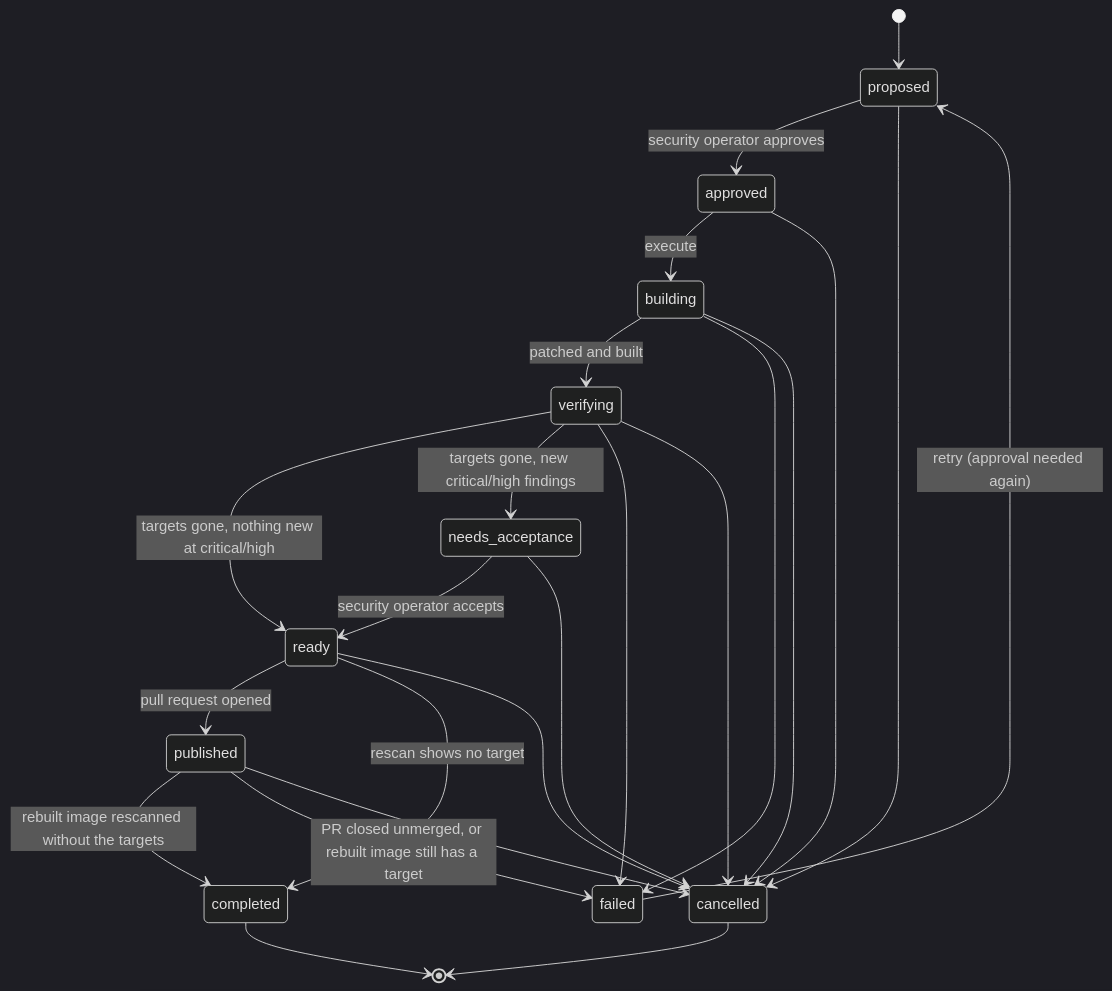
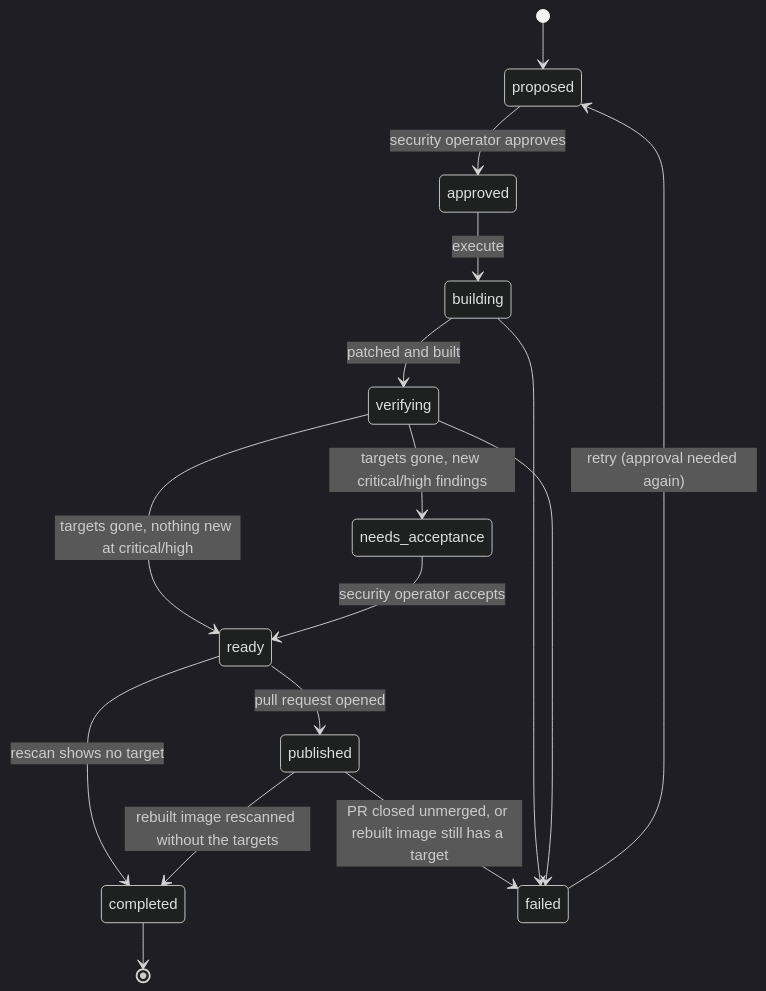
One commit to pespringer/scrutineering changed the fifth of 5 diagrams in docs/ARCHITECTURE.md. Above: the diagram before and after it, drawn with Mermaid (dark theme). The commit also changed other lines of this file, not shown here.

Commit message:
Show cancellation in words, not seven arrows, in the remediation diagram

````diff
--- a/docs/ARCHITECTURE.md
+++ b/docs/ARCHITECTURE.md
@@ -148,26 +148,18 @@
 ```mermaid
 stateDiagram-v2
     [*] --> proposed
     proposed --> approved: security operator approves
     approved --> building: execute
     building --> verifying: patched and built
     verifying --> ready: targets gone, nothing new at critical/high
     verifying --> needs_acceptance: targets gone, new critical/high findings
     needs_acceptance --> ready: security operator accepts
     ready --> published: pull request opened
     ready --> completed: rescan shows no target
     published --> completed: rebuilt image rescanned without the targets
     published --> failed: PR closed unmerged, or rebuilt image still has a target
     building --> failed
     verifying --> failed
     failed --> proposed: retry (approval needed again)
-    proposed --> cancelled
-    approved --> cancelled
-    building --> cancelled
-    verifying --> cancelled
-    needs_acceptance --> cancelled
-    ready --> cancelled
-    published --> cancelled
     completed --> [*]
-    cancelled --> [*]
 ```
````
